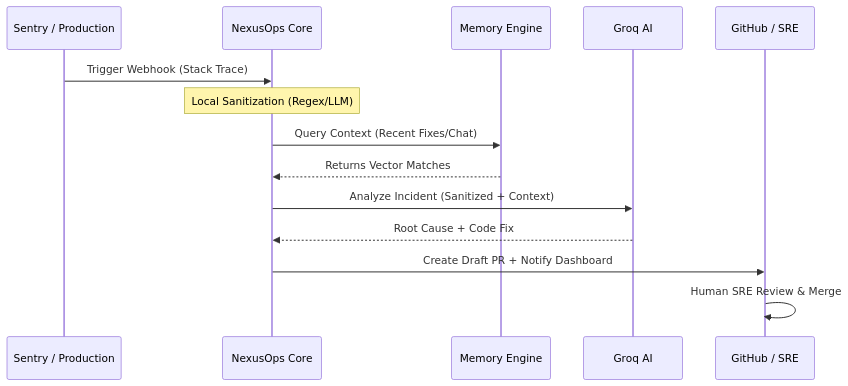
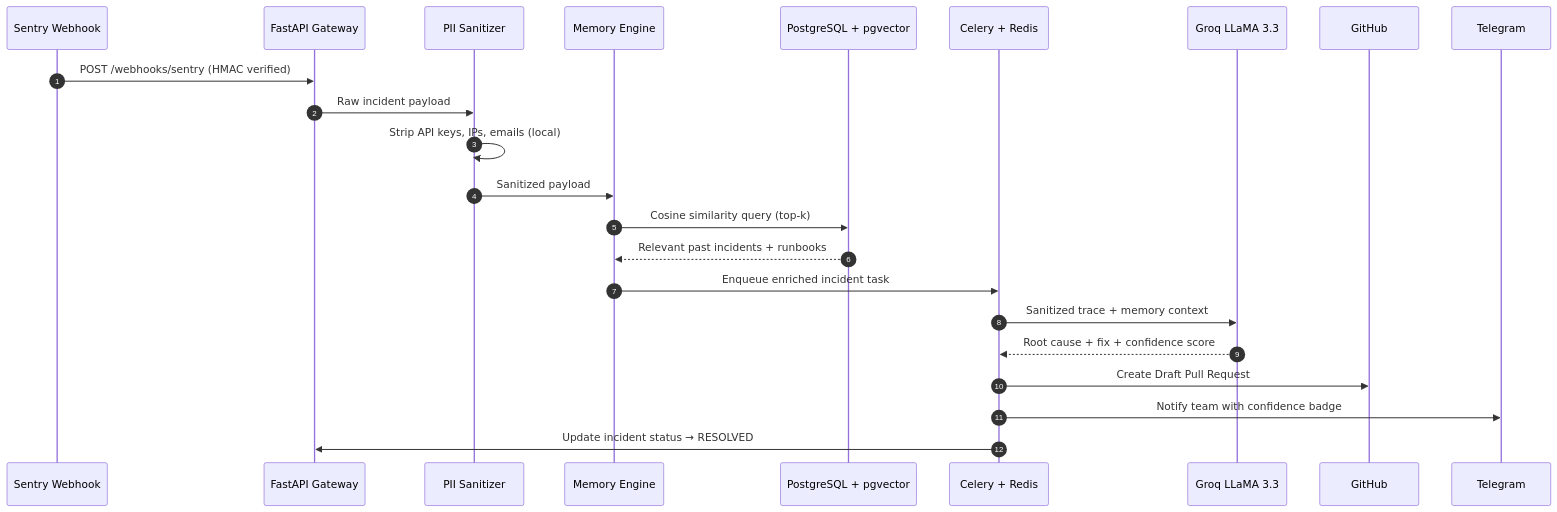
The second of 3 diagrams in README.md (soumyachk101/NexusOps-2.0), drawn with Mermaid before and after one commit. The commit also changed other lines of this file and 47 other files, not shown here.

````diff
--- a/README.md
+++ b/README.md
@@ -118,17 +128,26 @@
 ```mermaid
 sequenceDiagram
-    participant S as Sentry / Production
-    participant N as NexusOps Core
-    participant M as Memory Engine
-    participant G as Groq AI
-    participant H as GitHub / SRE
+    autonumber
+    participant SW as Sentry Webhook
+    participant GW as FastAPI Gateway
+    participant SN as PII Sanitizer
+    participant ME as Memory Engine
+    participant DB as PostgreSQL + pgvector
+    participant CQ as Celery + Redis
+    participant AI as Groq LLaMA 3.3
+    participant GH as GitHub
+    participant TG as Telegram
 
-    S->>N: Trigger Webhook (Stack Trace)
-    Note over N: Local Sanitization (Regex/LLM)
-    N->>M: Query Context (Recent Fixes/Chat)
-    M-->>N: Returns Vector Matches
-    N->>G: Analyze Incident (Sanitized + Context)
-    G-->>N: Root Cause + Code Fix
-    N->>H: Create Draft PR + Notify Dashboard
-    H->>H: Human SRE Review & Merge
+    SW->>GW: POST /webhooks/sentry (HMAC verified)
+    GW->>SN: Raw incident payload
+    SN->>SN: Strip API keys, IPs, emails (local)
+    SN->>ME: Sanitized payload
+    ME->>DB: Cosine similarity query (top-k)
+    DB-->>ME: Relevant past incidents + runbooks
+    ME->>CQ: Enqueue enriched incident task
+    CQ->>AI: Sanitized trace + memory context
+    AI-->>CQ: Root cause + fix + confidence score
+    CQ->>GH: Create Draft Pull Request
+    CQ->>TG: Notify team with confidence badge
+    CQ->>GW: Update incident status → RESOLVED
 ```
````
